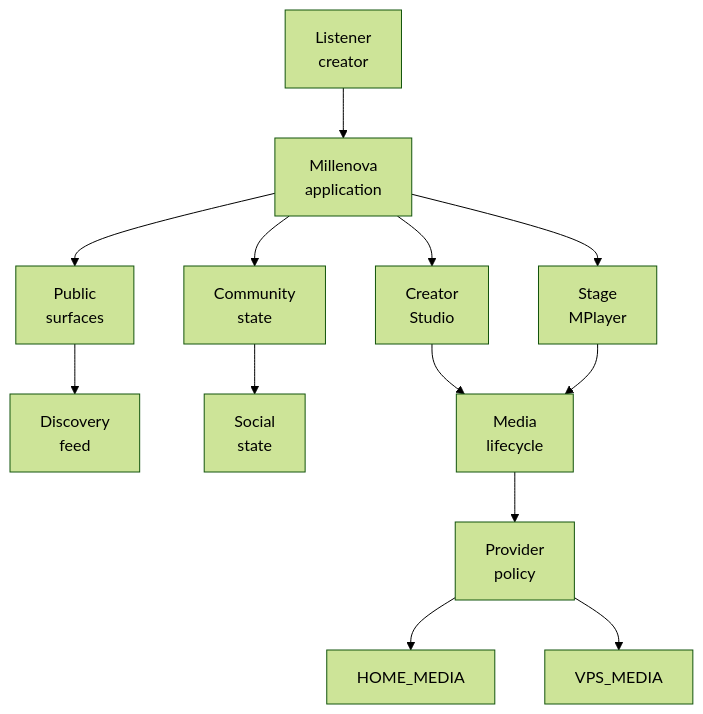
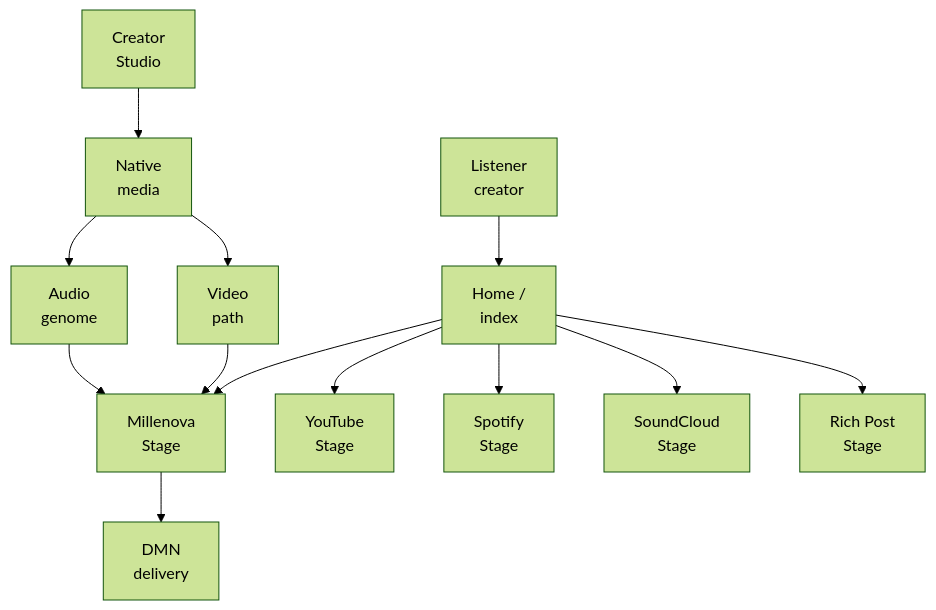
One commit to wilderruiz/millenova-project changed the first of 6 diagrams in docs/PLATFORM_ARCHITECTURE.md. Above: the diagram before and after it, drawn with Mermaid (forest theme). The commit also changed other lines of this file, not shown here.

Commit message:
docs: correct platform architecture for Home, Stage families, and audio genome

````diff
--- a/docs/PLATFORM_ARCHITECTURE.md
+++ b/docs/PLATFORM_ARCHITECTURE.md
@@ -23,19 +16,19 @@
 ```mermaid
 flowchart TD
-    USER["Listener<br/>creator"] --> APP["Millenova<br/>application"]
+    USER["Listener<br/>creator"] --> HOME["Home /<br/>index"]
 
-    APP --> PUBLIC["Public<br/>surfaces"]
-    APP --> COMMUNITY["Community<br/>state"]
-    APP --> STUDIO["Creator<br/>Studio"]
-    APP --> PLAYER["Stage<br/>MPlayer"]
+    HOME --> NATIVE["Millenova<br/>Stage"]
+    HOME --> YT["YouTube<br/>Stage"]
+    HOME --> SP["Spotify<br/>Stage"]
+    HOME --> SC["SoundCloud<br/>Stage"]
+    HOME --> RICH["Rich Post<br/>Stage"]
 
-    PUBLIC --> FEED["Discovery<br/>feed"]
-    COMMUNITY --> SOCIAL["Social<br/>state"]
+    STUDIO["Creator<br/>Studio"] --> MEDIA["Native<br/>media"]
+    MEDIA --> VIDEO["Video<br/>path"]
+    MEDIA --> AUDIO["Audio<br/>genome"]
 
-    STUDIO --> MEDIA["Media<br/>lifecycle"]
-    PLAYER --> MEDIA
+    VIDEO --> NATIVE
+    AUDIO --> NATIVE
 
-    MEDIA --> POLICY["Provider<br/>policy"]
-    POLICY --> HOME["HOME_MEDIA"]
-    POLICY --> VPS["VPS_MEDIA"]
+    NATIVE --> DMN["DMN<br/>delivery"]
 ```
````
